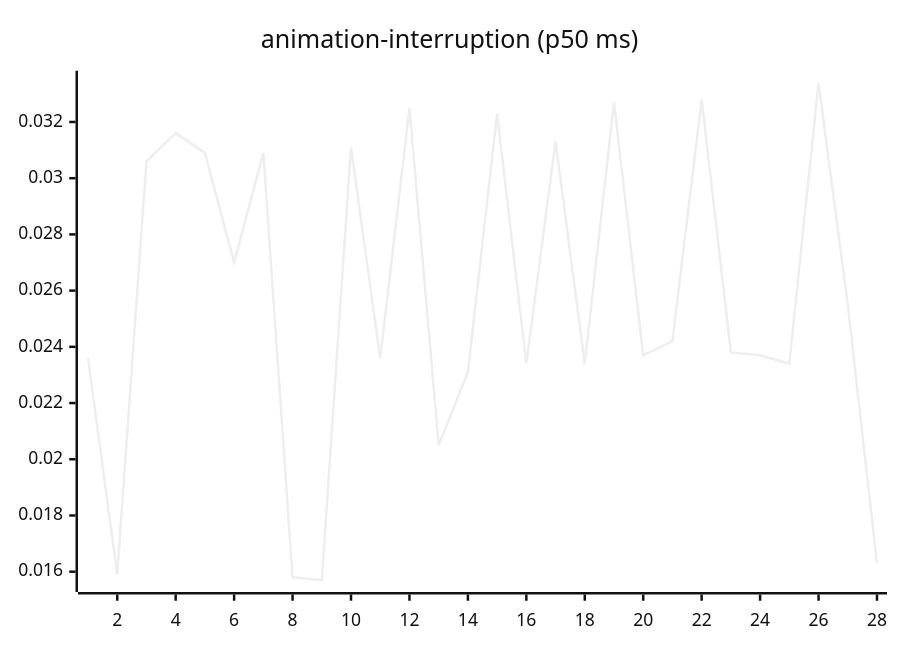
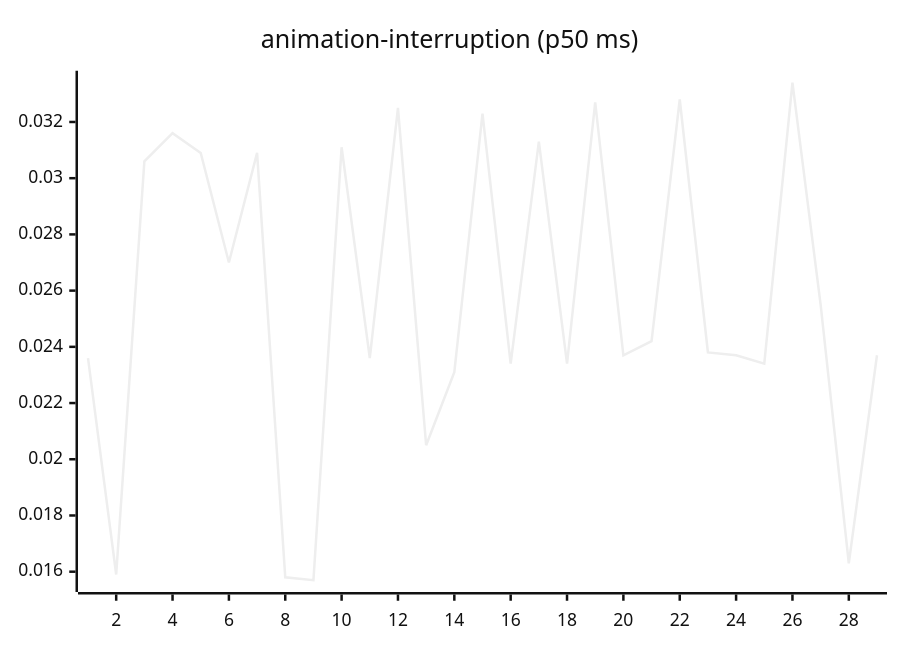
One commit to josha/Facet changed the third of 27 diagrams in README.md. Above: the diagram before and after it, drawn with Mermaid (neutral theme). The commit also changed other lines of this file and 2 other files, not shown here.

````diff
--- a/README.md
+++ b/README.md
@@ -77,6 +77,6 @@
 ```mermaid
 xychart-beta
     title "animation-interruption (p50 ms)"
-    x-axis 1 --> 28
-    line [0.0236, 0.0159, 0.0306, 0.0316, 0.0309, 0.0270, 0.0309, 0.0158, 0.0157, 0.0311, 0.0236, 0.0325, 0.0205, 0.0231, 0.0323, 0.0234, 0.0313, 0.0234, 0.0327, 0.0237, 0.0242, 0.0328, 0.0238, 0.0237, 0.0234, 0.0334, 0.0255, 0.0163]
+    x-axis 1 --> 29
+    line [0.0236, 0.0159, 0.0306, 0.0316, 0.0309, 0.0270, 0.0309, 0.0158, 0.0157, 0.0311, 0.0236, 0.0325, 0.0205, 0.0231, 0.0323, 0.0234, 0.0313, 0.0234, 0.0327, 0.0237, 0.0242, 0.0328, 0.0238, 0.0237, 0.0234, 0.0334, 0.0255, 0.0163, 0.0237]
 ```
````
